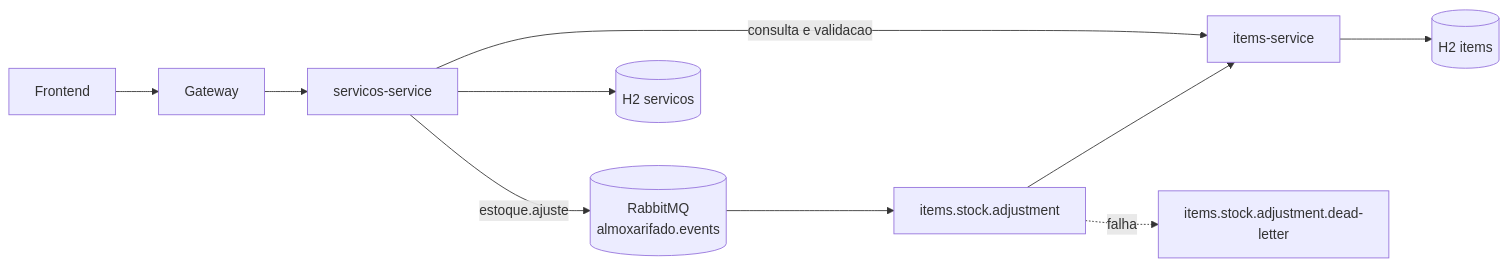
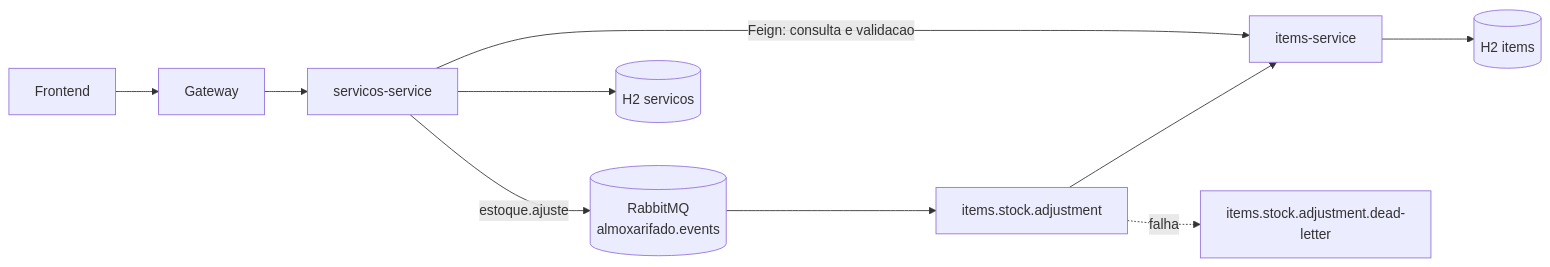
One commit to JMRwork/almoxarifado changed the first of 2 diagrams in README.md. Above: the diagram before and after it, drawn with Mermaid. The commit also changed other lines of this file and 32 other files, not shown here.

````diff
--- a/README.md
+++ b/README.md
@@ -11,12 +11,12 @@
 ```mermaid
 flowchart LR
     Frontend --> Gateway
     Gateway --> Servicos[servicos-service]
-    Servicos -->|consulta e validacao| Items[items-service]
+    Servicos -->|Feign: consulta e validacao| Items[items-service]
     Servicos -->|estoque.ajuste| Exchange[(RabbitMQ\nalmoxarifado.events)]
     Exchange --> Queue[items.stock.adjustment]
     Queue --> Items
     Queue -. falha .-> DLQ[items.stock.adjustment.dead-letter]
     Servicos --> ServicosDB[(H2 servicos)]
     Items --> ItemsDB[(H2 items)]
 ```
````
